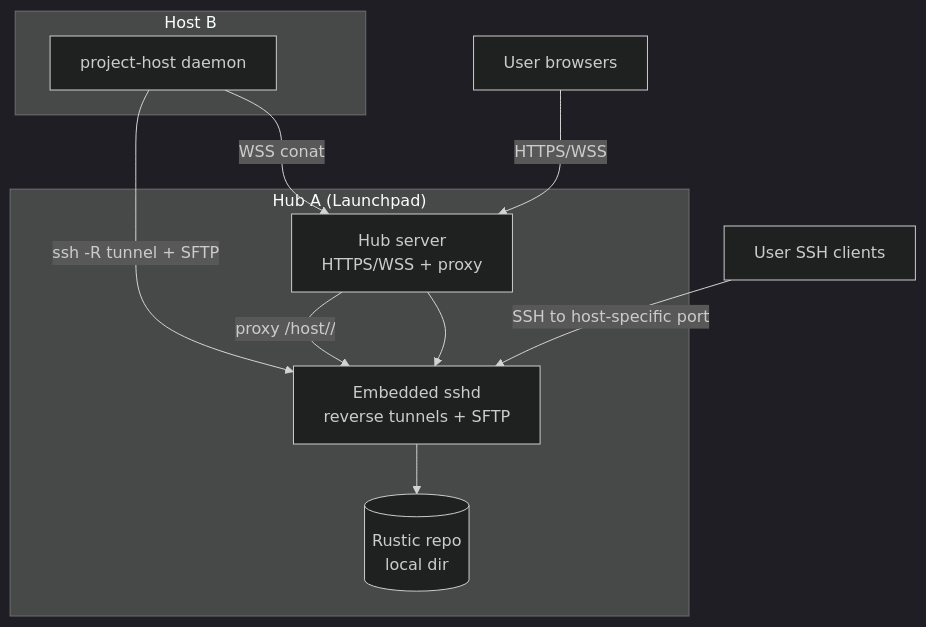
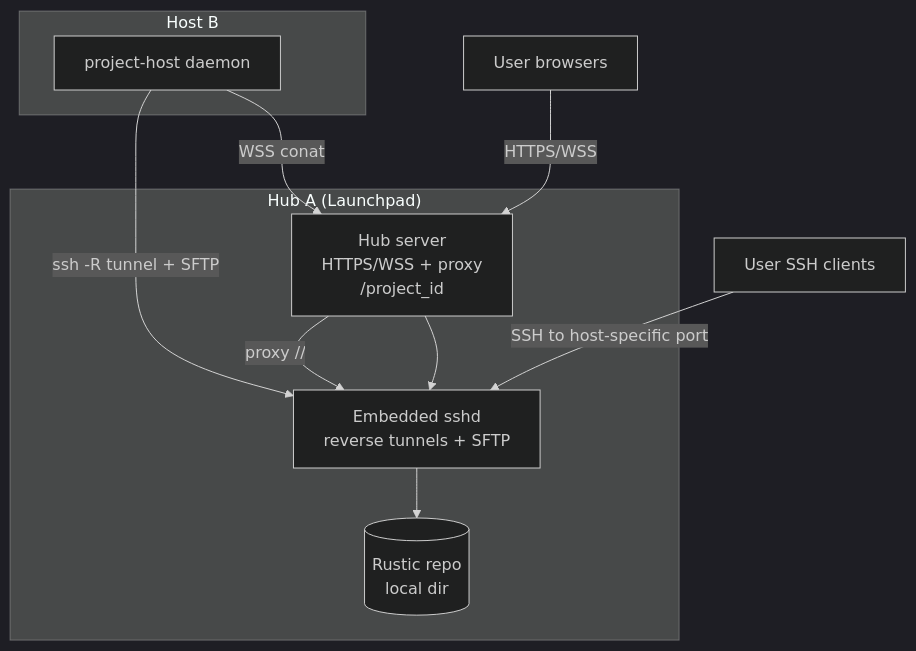
One commit to sagemathinc/cocalc-ai changed the second of 2 diagrams in src/.agents/minimal-onprem-cloud.md. Above: the diagram before and after it, drawn with Mermaid (dark theme). The commit also changed other lines of this file and 32 other files, not shown here.

First line of the commit message:
clean up the local versus cloud naming and parameter flow

````diff
--- a/src/.agents/minimal-onprem-cloud.md
+++ b/src/.agents/minimal-onprem-cloud.md
@@ -16,20 +86,20 @@
 ```mermaid
 flowchart TD
   subgraph HubA["Hub A (Launchpad)"]
-    HUB[Hub server<br/>HTTPS/WSS + proxy]
+    HUB[Hub server<br/>HTTPS/WSS + proxy<br/>/project_id]
     SSHD[Embedded sshd<br/>reverse tunnels + SFTP]
     REPO[(Rustic repo<br/>local dir)]
     HUB --> SSHD
     SSHD --> REPO
   end
 
   subgraph HostB["Host B"]
     PH[project-host daemon]
   end
 
   Users["User browsers"] -->|HTTPS/WSS| HUB
   UsersSSH["User SSH clients"] -->|SSH to host-specific port| SSHD
   PH -->|WSS conat| HUB
   PH -->|ssh -R tunnel + SFTP| SSHD
-  HUB -->|proxy /host/<id>/| SSHD
+  HUB -->|proxy /<project_id>/| SSHD
 ```
````
